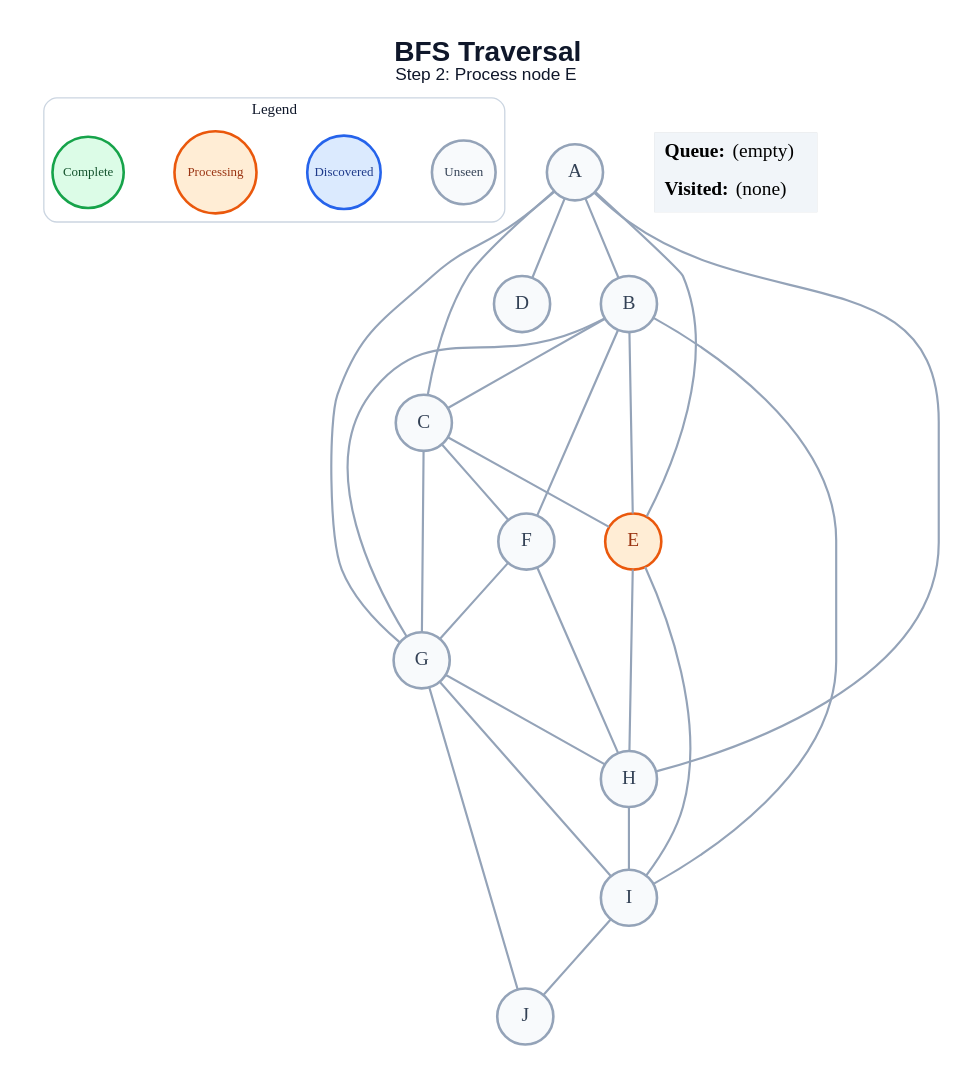
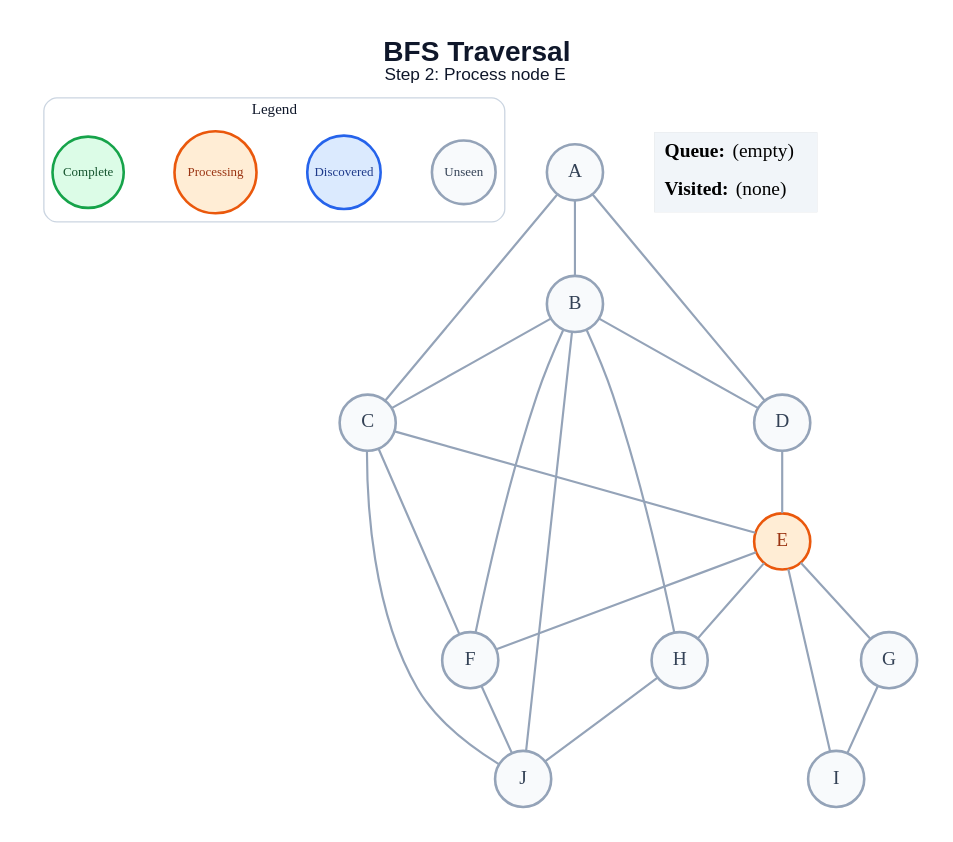
Before and after one commit to amanghodawala9/ai-slop: the diagram in generated/specific-node/bfs/step_02.dot, drawn with Graphviz. The commit also changed 178 other files, not shown here.

```diff
--- a/generated/specific-node/bfs/step_02.dot
+++ b/generated/specific-node/bfs/step_02.dot
@@ -1,52 +1,48 @@
 graph traversal {
   graph [layout=dot, rankdir=TB, bgcolor="#FFFFFF", pad="0.35", nodesep="0.65", ranksep="0.8", fontname="Arial"];
   node [shape=circle, style="filled", fontname="Arial Bold", fontsize=18, width=0.72, fixedsize=true, penwidth=2.4];
   edge [color="#94A3B8", penwidth=2.0];
   label=<<B>BFS Traversal</B><BR/><FONT POINT-SIZE="16">Step 2: Process node E</FONT>>; labelloc="t"; fontsize=26; fontname="Arial"; fontcolor="#0F172A";
   subgraph cluster_legend { label="Legend"; color="#CBD5E1"; penwidth=1.2; style="rounded"; fontsize=14; fontname="Arial Bold";
     key_unseen [label="Unseen", fillcolor="#F8FAFC", color="#94A3B8", fontcolor="#334155", fontsize=12, width=0.82];
     key_frontier [label="Discovered", fillcolor="#DBEAFE", color="#2563EB", fontcolor="#1E3A8A", fontsize=12, width=0.95];
     key_current [label="Processing", fillcolor="#FFEDD5", color="#EA580C", fontcolor="#9A3412", fontsize=12, width=1.05];
     key_done [label="Complete", fillcolor="#DCFCE7", color="#16A34A", fontcolor="#14532D", fontsize=12, width=0.92];
     { rank=same; key_unseen; key_frontier; key_current; key_done; }
   }
   A [fillcolor="#F8FAFC", color="#94A3B8", fontcolor="#334155"];
   B [fillcolor="#F8FAFC", color="#94A3B8", fontcolor="#334155"];
   C [fillcolor="#F8FAFC", color="#94A3B8", fontcolor="#334155"];
   D [fillcolor="#F8FAFC", color="#94A3B8", fontcolor="#334155"];
   E [fillcolor="#FFEDD5", color="#EA580C", fontcolor="#9A3412"];
   F [fillcolor="#F8FAFC", color="#94A3B8", fontcolor="#334155"];
   G [fillcolor="#F8FAFC", color="#94A3B8", fontcolor="#334155"];
   H [fillcolor="#F8FAFC", color="#94A3B8", fontcolor="#334155"];
   I [fillcolor="#F8FAFC", color="#94A3B8", fontcolor="#334155"];
   J [fillcolor="#F8FAFC", color="#94A3B8", fontcolor="#334155"];
   A -- B;
   A -- C;
   A -- D;
-  A -- E;
-  A -- G;
-  A -- H;
   B -- C;
-  B -- E;
+  B -- D;
   B -- F;
-  B -- G;
-  B -- I;
+  B -- H;
+  B -- J;
   C -- E;
   C -- F;
-  C -- G;
+  C -- J;
+  D -- E;
+  E -- F;
+  E -- G;
   E -- H;
   E -- I;
-  F -- G;
-  F -- H;
-  G -- H;
+  F -- J;
   G -- I;
-  G -- J;
-  H -- I;
-  I -- J;
+  H -- J;
   status [shape=plain, fixedsize=false, width=0, height=0, margin=0, label=<
     <TABLE BORDER="0" CELLBORDER="0" CELLPADDING="7" BGCOLOR="#F1F5F9">
       <TR><TD ALIGN="LEFT"><B>Queue:</B> (empty)</TD></TR>
       <TR><TD ALIGN="LEFT"><B>Visited:</B> (none)</TD></TR>
     </TABLE>
   >];
 }
```
